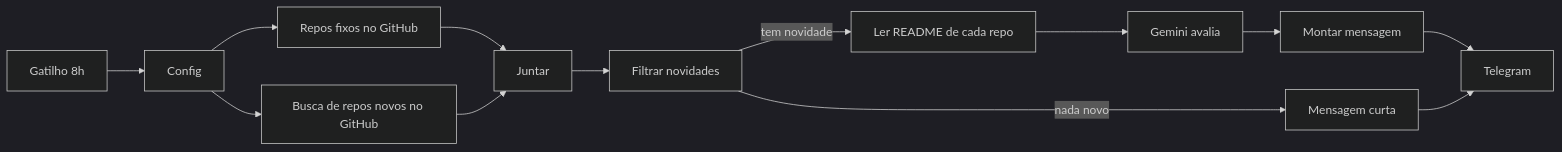
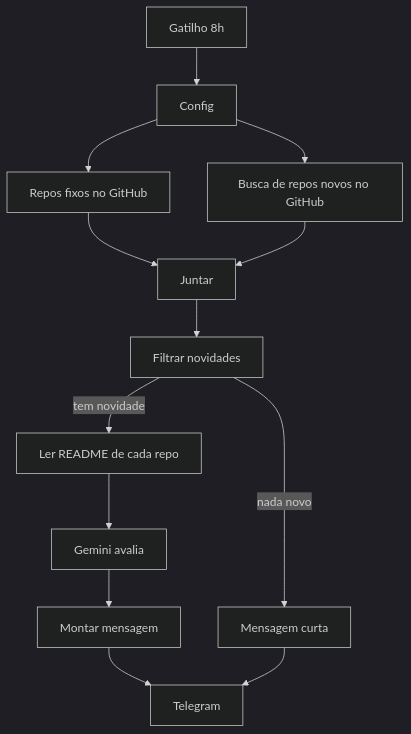
The diagram in README.md (YuriMatsumotoSantos/radar-skills-claude-code), drawn with Mermaid (dark theme) before and after one commit.

Commit message:
Diagrama na vertical

````diff
--- a/README.md
+++ b/README.md
@@ -11,15 +11,15 @@
 ```mermaid
-flowchart LR
+flowchart TD
   A[Gatilho 8h] --> B[Config]
   B --> C[Repos fixos no GitHub]
   B --> D[Busca de repos novos no GitHub]
   C --> E[Juntar]
   D --> E
   E --> F[Filtrar novidades]
   F -->|tem novidade| G[Ler README de cada repo]
   G --> H[Gemini avalia]
   H --> I[Montar mensagem]
   F -->|nada novo| J[Mensagem curta]
   I --> K[Telegram]
   J --> K
 ```
````
